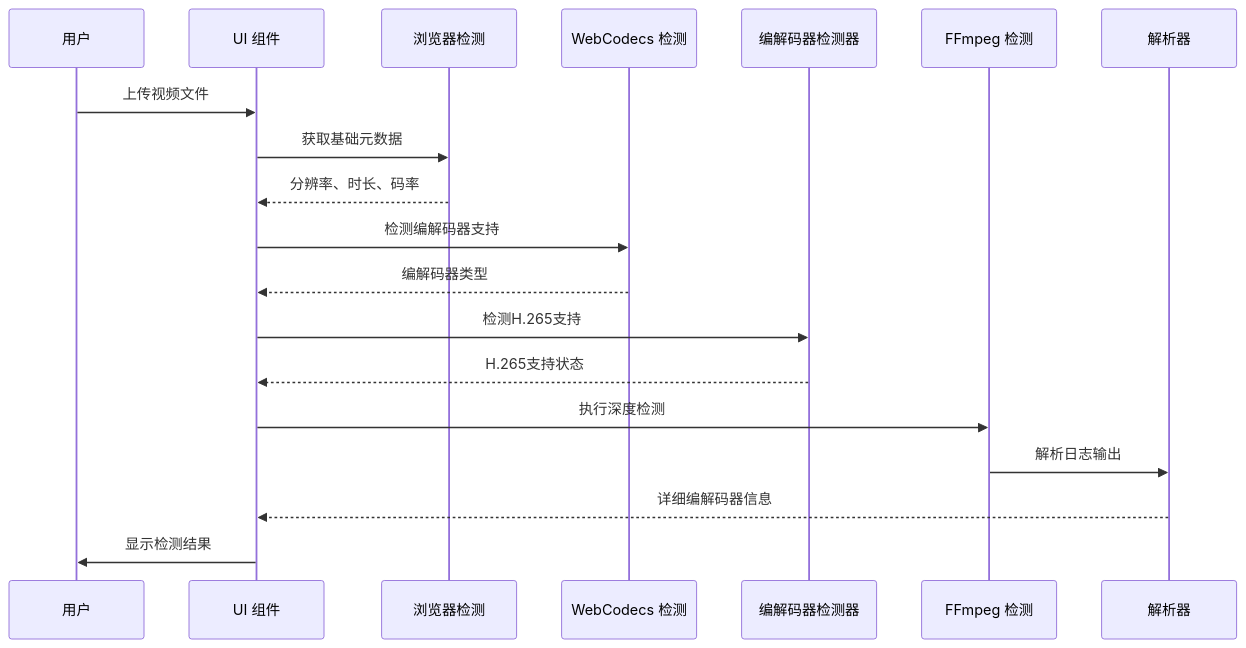
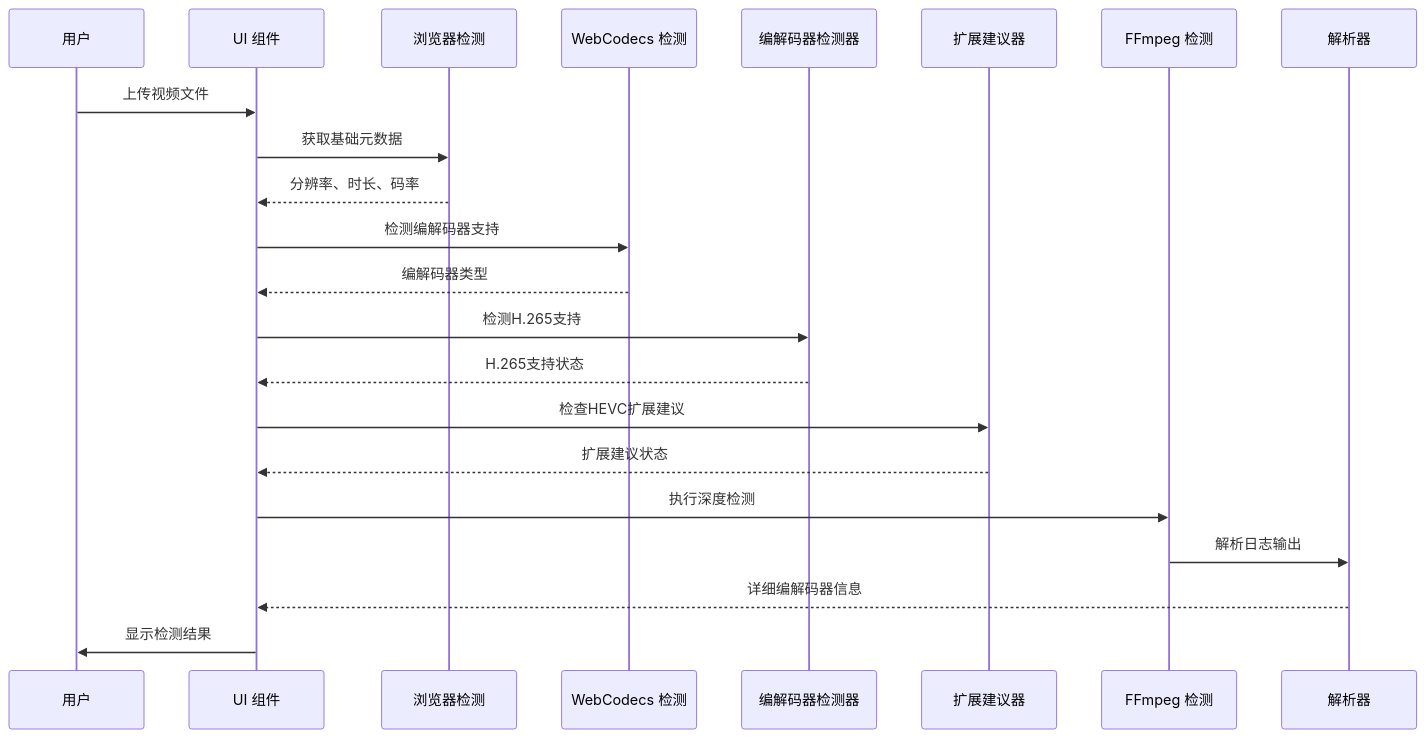
Before and after one commit to sgyy/privadeck: the fourth of 12 diagrams in .qoder/repowiki/zh/content/工具分类/视频处理工具/视频压缩工具/视频编解码器检测.md, drawn with Mermaid. The commit also changed other lines of this file and 4 other files, not shown here.

````diff
--- a/.qoder/repowiki/zh/content/工具分类/视频处理工具/视频压缩工具/视频编解码器检测.md
+++ b/.qoder/repowiki/zh/content/工具分类/视频处理工具/视频压缩工具/视频编解码器检测.md
@@ -167,21 +171,24 @@
 ```mermaid
 sequenceDiagram
 participant User as 用户
 participant UI as UI 组件
 participant Browser as 浏览器检测
 participant WebCodecs as WebCodecs 检测
 participant CodecDetector as 编解码器检测器
+participant ExtensionSuggestor as 扩展建议器
 participant FFmpeg as FFmpeg 检测
 participant Parser as 解析器
 User->>UI : 上传视频文件
 UI->>Browser : 获取基础元数据
 Browser-->>UI : 分辨率、时长、码率
 UI->>WebCodecs : 检测编解码器支持
 WebCodecs-->>UI : 编解码器类型
 UI->>CodecDetector : 检测H.265支持
 CodecDetector-->>UI : H.265支持状态
+UI->>ExtensionSuggestor : 检查HEVC扩展建议
+ExtensionSuggestor-->>UI : 扩展建议状态
 UI->>FFmpeg : 执行深度检测
 FFmpeg->>Parser : 解析日志输出
 Parser-->>UI : 详细编解码器信息
 UI->>User : 显示检测结果
 ```
````
